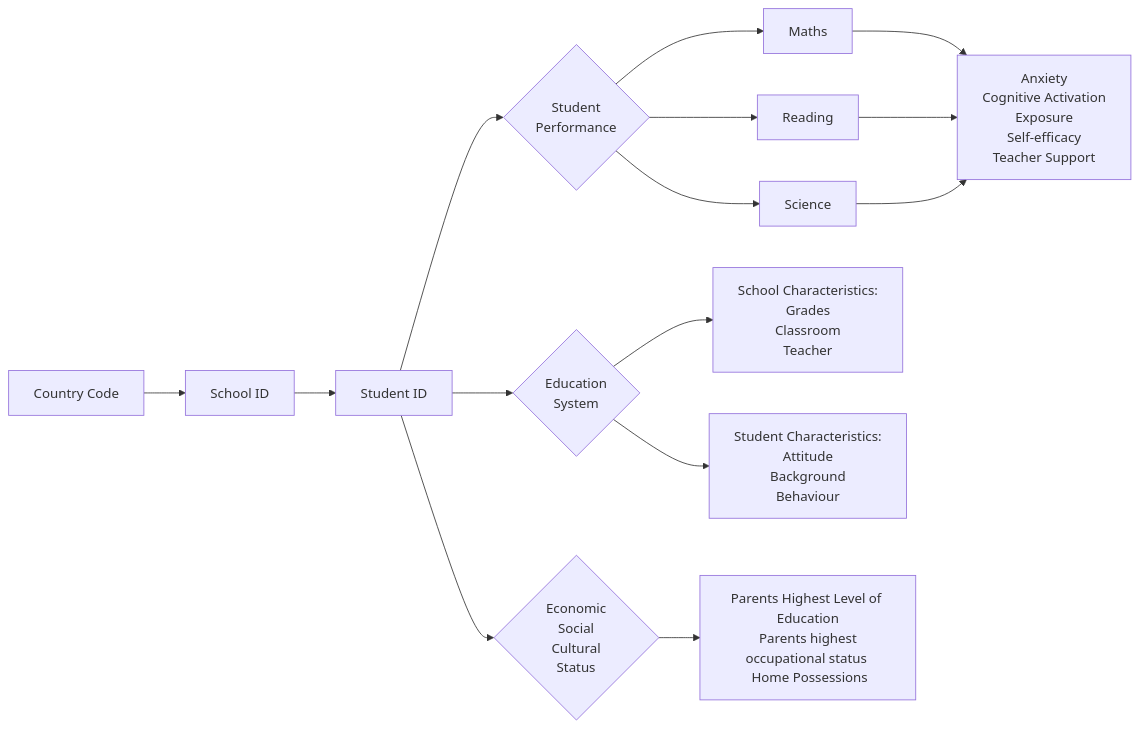
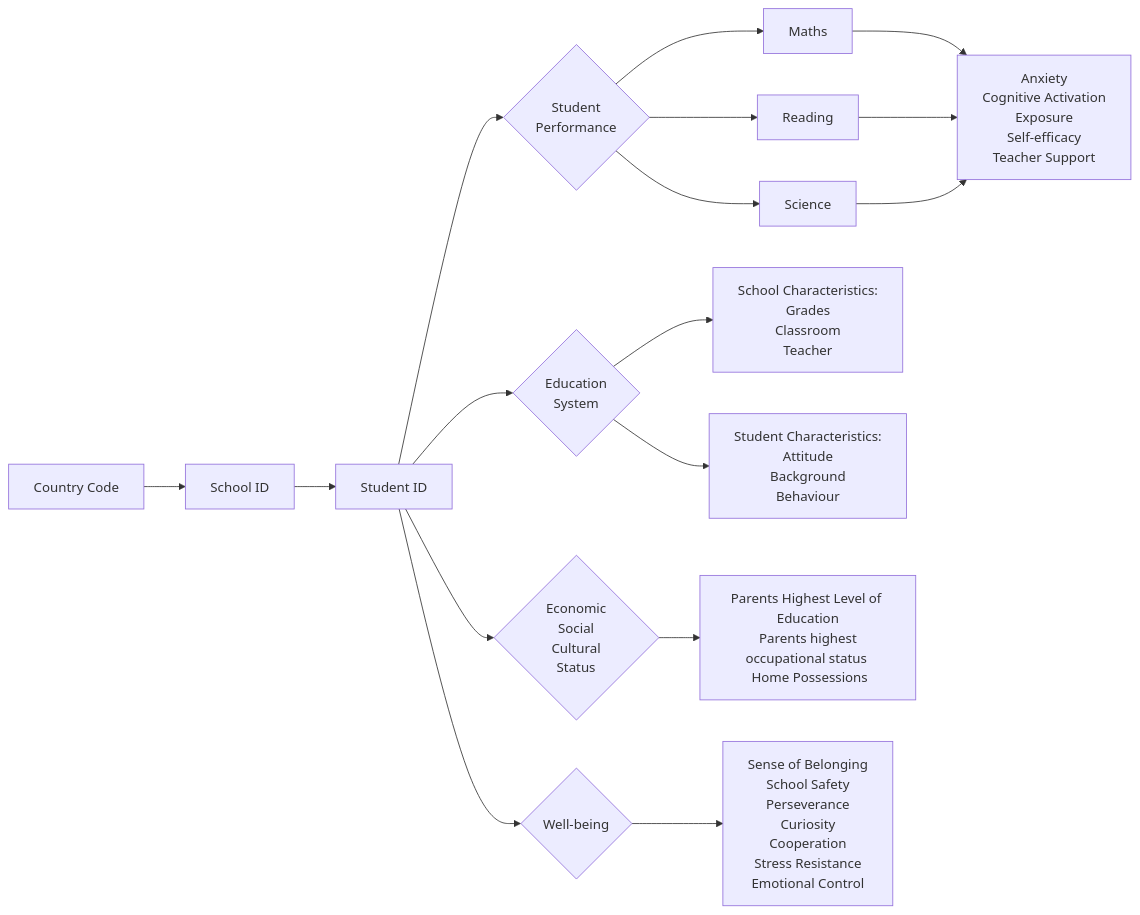
The diagram in Exercises/TH1/TH1.qmd (chockwk/ISSS608_Visual-Analytics), drawn with Mermaid before and after one commit. The commit also changed other lines of this file and 15 other files, not shown here.

````diff
--- a/Exercises/TH1/TH1.qmd
+++ b/Exercises/TH1/TH1.qmd
@@ -137,20 +237,22 @@
 ```{mermaid}
 %%| code-fold: true
 %%| code-summary: "Show the code"
 
 flowchart LR
   A[Country Code] --> B[School ID]
   B --> C[Student ID]
   C --> D{Student \n Performance}
   D --> E[Maths]
   E --> H[Anxiety \n Cognitive Activation \n Exposure \n Self-efficacy \n Teacher Support]
   D --> F[Reading]
   D --> G[Science]
   F --> H
   G --> H
   C --> I{Education \n System}
   I --> J[School Characteristics: \n Grades \n Classroom \n Teacher]
   I --> K[Student Characteristics: \n Attitude \n Background \n Behaviour]
   C --> L{Economic \n Social \n Cultural \n Status}
   L --> M[Parents Highest Level of Education\n Parents highest occupational status \n Home Possessions]
+  C --> N{Well-being}
+  N --> O[Sense of Belonging \n School Safety \n Perseverance \n Curiosity \n Cooperation \n Stress Resistance \n Emotional Control]
 ```
````
